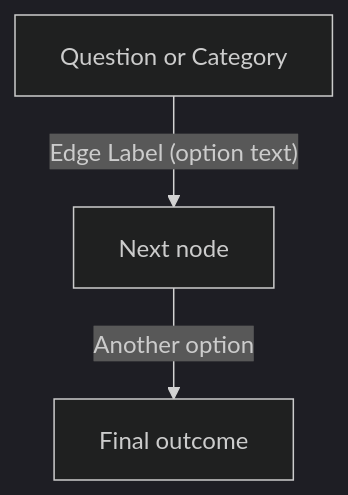
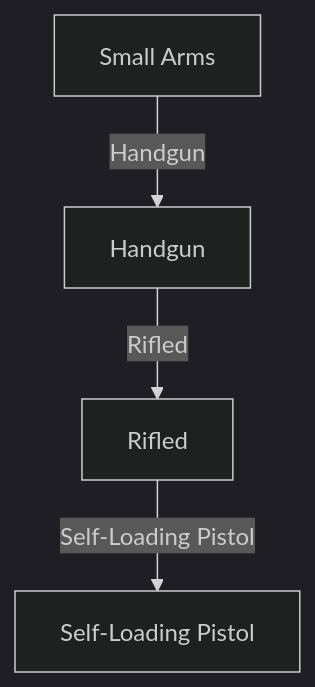
Before and after one commit to paigemoody/weapons_classification_resources.github.io: the diagram in README.md, drawn with Mermaid (dark theme). The commit also changed other lines of this file and 10 other files, not shown here.

Commit message:
WIP make json first edit flow

````diff
--- a/README.md
+++ b/README.md
@@ -268,6 +454,7 @@
 ```mermaid
 flowchart TD
-  Start["Question or Category"]
-  Start --> |"Edge Label (option text)"| Next["Next node"]
-  Next --> |"Another option"| Leaf["Final outcome"]
+  SmallArms["Small Arms"]
+  SmallArms --> |"Handgun"| Handgun["Handgun"]
+  Handgun --> |"Rifled"| Rifled["Rifled"]
+  Rifled --> |"Self-Loading Pistol"| SelfLoadingPistol["Self-Loading Pistol"]
 ```
````
